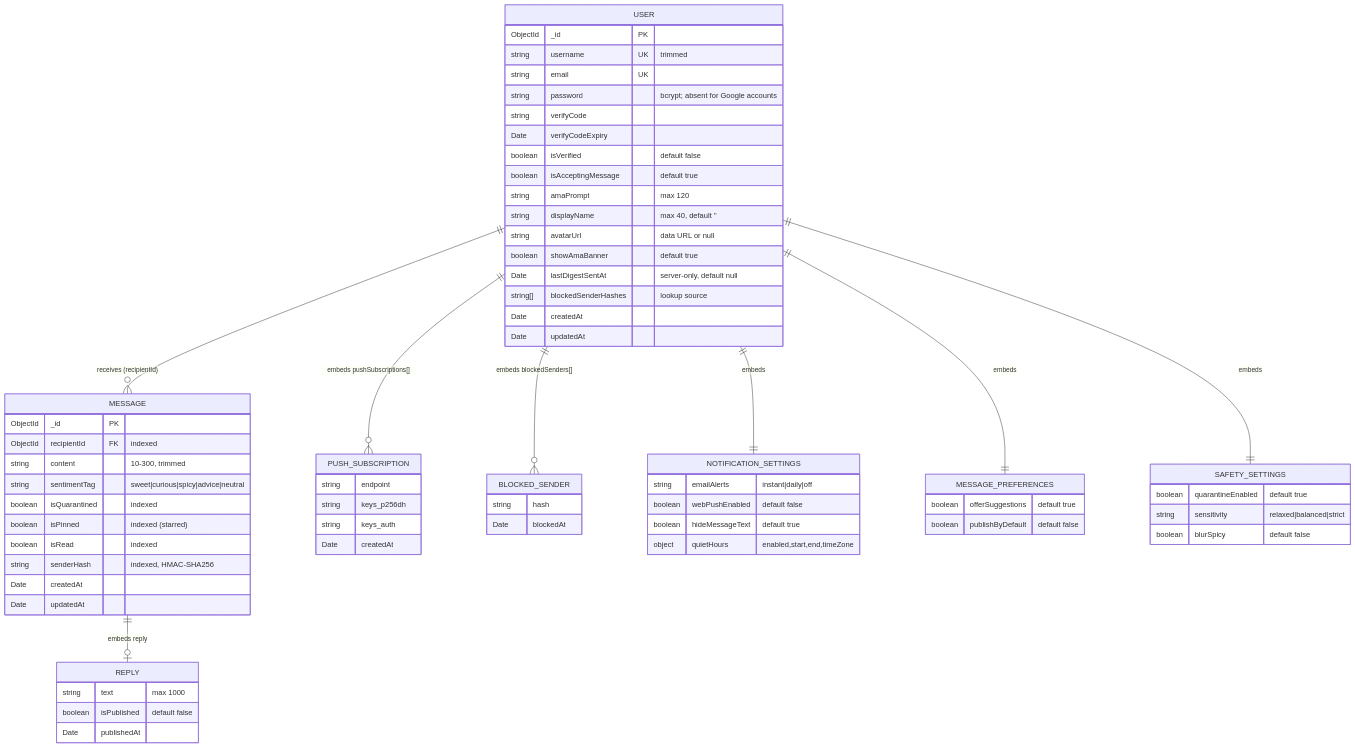
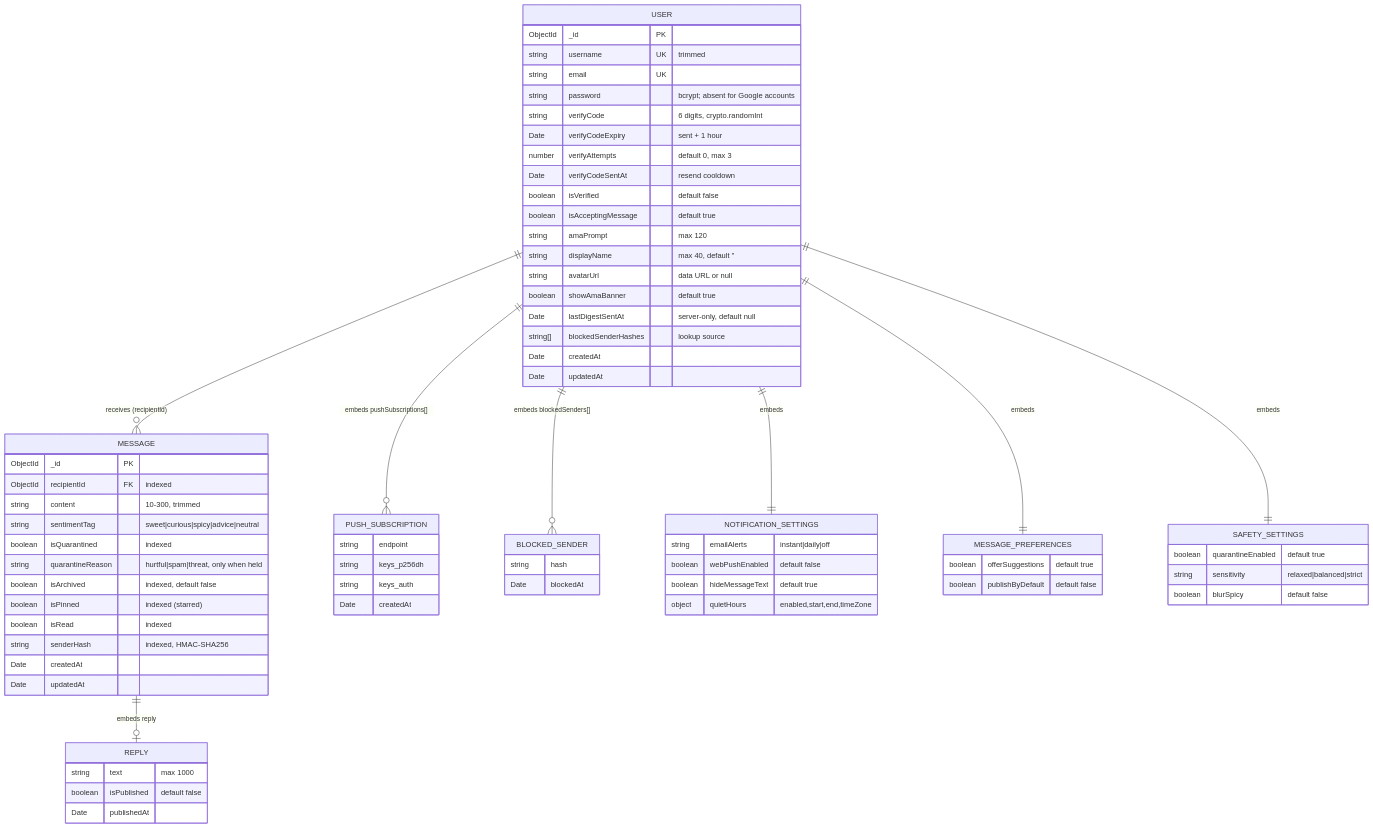
One commit to Abbas4tech/GhostMsg changed the first of 2 diagrams in docs/15-data-model-and-database.md. Above: the diagram before and after it, drawn with Mermaid. The commit also changed other lines of this file and 284 other files, not shown here.

````diff
--- a/docs/15-data-model-and-database.md
+++ b/docs/15-data-model-and-database.md
@@ -13,71 +13,75 @@
 ```mermaid
 erDiagram
     USER ||--o{ MESSAGE : "receives (recipientId)"
     USER ||--o{ PUSH_SUBSCRIPTION : "embeds pushSubscriptions[]"
     USER ||--o{ BLOCKED_SENDER : "embeds blockedSenders[]"
     USER ||--|| NOTIFICATION_SETTINGS : "embeds"
     USER ||--|| MESSAGE_PREFERENCES : "embeds"
     USER ||--|| SAFETY_SETTINGS : "embeds"
     MESSAGE ||--o| REPLY : "embeds reply"
 
     USER {
         ObjectId _id PK
         string username UK "trimmed"
         string email UK
         string password "bcrypt; absent for Google accounts"
-        string verifyCode
-        Date verifyCodeExpiry
+        string verifyCode "6 digits, crypto.randomInt"
+        Date verifyCodeExpiry "sent + 1 hour"
+        number verifyAttempts "default 0, max 3"
+        Date verifyCodeSentAt "resend cooldown"
         boolean isVerified "default false"
         boolean isAcceptingMessage "default true"
         string amaPrompt "max 120"
         string displayName "max 40, default ''"
         string avatarUrl "data URL or null"
         boolean showAmaBanner "default true"
         Date lastDigestSentAt "server-only, default null"
         string[] blockedSenderHashes "lookup source"
         Date createdAt
         Date updatedAt
     }
     MESSAGE {
         ObjectId _id PK
         ObjectId recipientId FK "indexed"
         string content "10-300, trimmed"
         string sentimentTag "sweet|curious|spicy|advice|neutral"
         boolean isQuarantined "indexed"
+        string quarantineReason "hurtful|spam|threat, only when held"
+        boolean isArchived "indexed, default false"
         boolean isPinned "indexed (starred)"
         boolean isRead "indexed"
         string senderHash "indexed, HMAC-SHA256"
         Date createdAt
         Date updatedAt
     }
     REPLY {
         string text "max 1000"
         boolean isPublished "default false"
         Date publishedAt
     }
     NOTIFICATION_SETTINGS {
         string emailAlerts "instant|daily|off"
         boolean webPushEnabled "default false"
         boolean hideMessageText "default true"
         object quietHours "enabled,start,end,timeZone"
     }
     MESSAGE_PREFERENCES {
         boolean offerSuggestions "default true"
         boolean publishByDefault "default false"
     }
     SAFETY_SETTINGS {
         boolean quarantineEnabled "default true"
         string sensitivity "relaxed|balanced|strict"
         boolean blurSpicy "default false"
     }
     BLOCKED_SENDER {
         string hash
         Date blockedAt
     }
     PUSH_SUBSCRIPTION {
         string endpoint
         string keys_p256dh
         string keys_auth
         Date createdAt
     }
 ```
````
